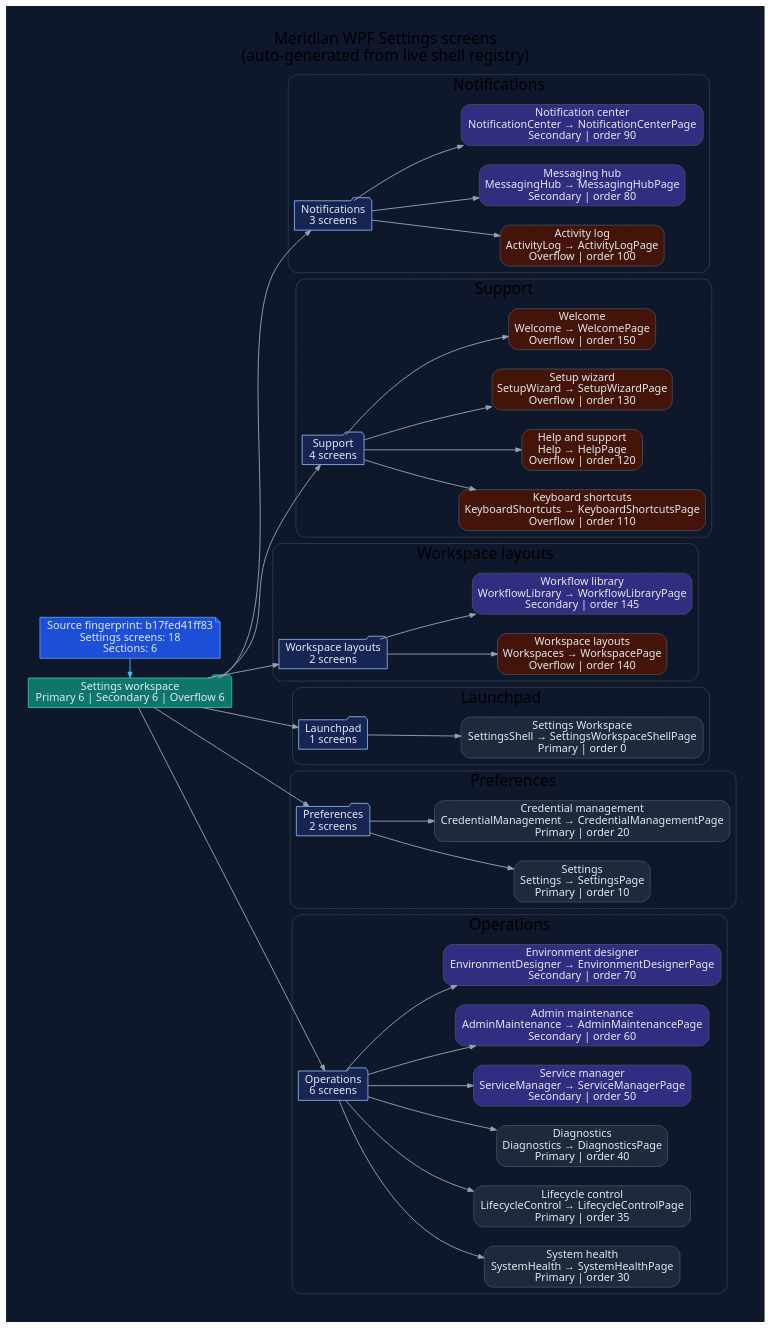
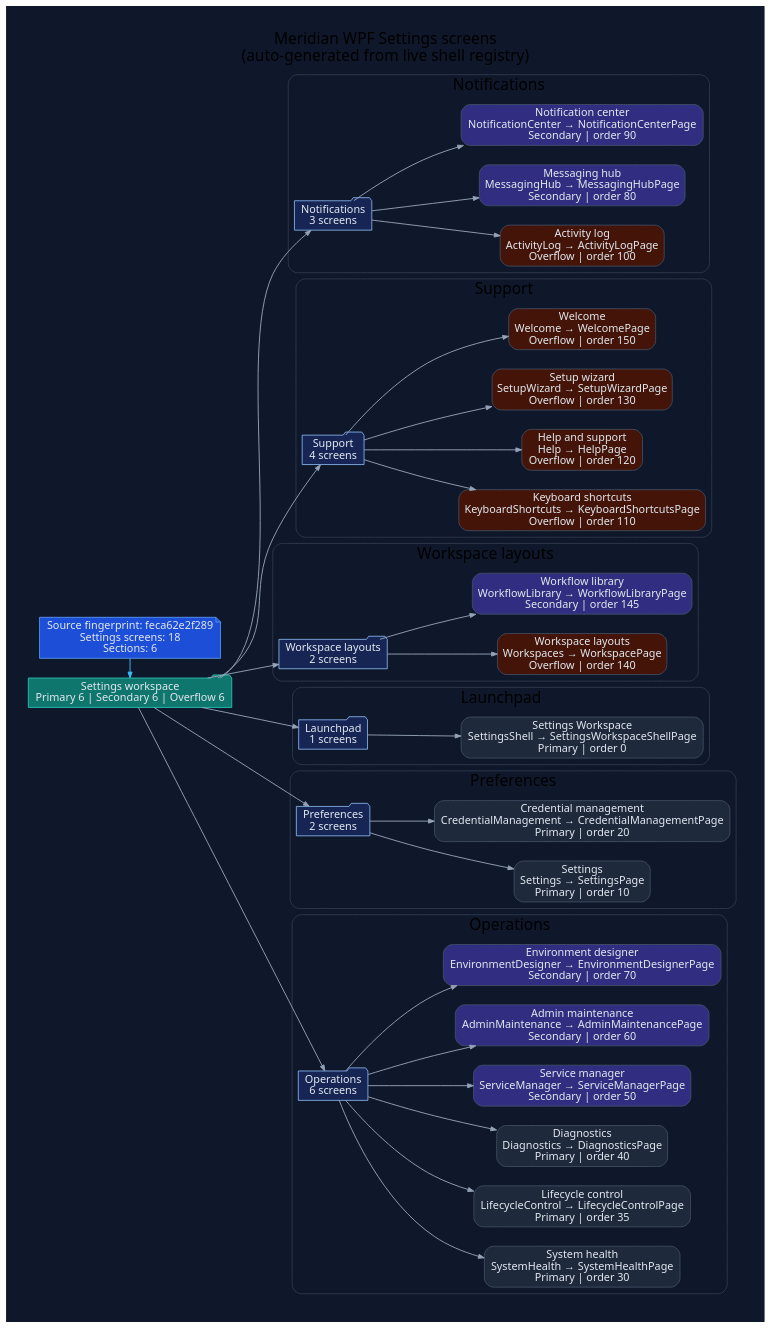
The diagram in docs/diagrams/ui/ui-wpf-screens-settings.dot (rodoHasArrived/Meridian-main), drawn with Graphviz before and after one commit. The commit also changed 46 other files, not shown here.

Commit message:
Refresh generated lifecycle API documentation and diagrams

```diff
--- a/docs/diagrams/ui/ui-wpf-screens-settings.dot
+++ b/docs/diagrams/ui/ui-wpf-screens-settings.dot
@@ -1,110 +1,110 @@
 // -----------------------------------------------------------------------------
 // <auto-generated>
 // Generated by scripts/generate-diagrams.mjs.
 // Do not edit this file directly; update the WPF source files instead.
 // -----------------------------------------------------------------------------
 digraph WpfSettingsScreens {
   graph [
     rankdir=LR,
     labelloc=t,
     label="Meridian WPF Settings screens\n(auto-generated from live shell registry)",
     fontname="Segoe UI",
     fontsize=20,
     pad=0.4,
     nodesep=0.35,
     ranksep=0.85,
     bgcolor="#0f172a"
   ];
   node [fontname="Segoe UI", shape=box, style="rounded,filled", color="#475569", fontcolor="#e2e8f0", fillcolor="#1e293b"];
   edge [fontname="Segoe UI", color="#94a3b8", penwidth=1.2, arrowsize=0.75];
 
-  generated [shape=note, fillcolor="#1d4ed8", color="#60a5fa", label="Source fingerprint: b17fed41ff83\nSettings screens: 18\nSections: 6"];
+  generated [shape=note, fillcolor="#1d4ed8", color="#60a5fa", label="Source fingerprint: feca62e2f289\nSettings screens: 18\nSections: 6"];
   workspace [shape=folder, fillcolor="#0f766e", color="#2dd4bf", label="Settings workspace\nPrimary 6 | Secondary 6 | Overflow 6"];
   generated -> workspace [color="#38bdf8"];
 
   subgraph cluster_section_1 {
     label="Notifications";
     color="#334155";
     style="rounded";
     section_1 [shape=folder, fillcolor="#172554", color="#93c5fd", label="Notifications\n3 screens"];
     workspace -> section_1;
     screen_ActivityLog [fillcolor="#431407", label="Activity log\nActivityLog → ActivityLogPage\nOverflow | order 100"];
     section_1 -> screen_ActivityLog;
     screen_MessagingHub [fillcolor="#312e81", label="Messaging hub\nMessagingHub → MessagingHubPage\nSecondary | order 80"];
     section_1 -> screen_MessagingHub;
     screen_NotificationCenter [fillcolor="#312e81", label="Notification center\nNotificationCenter → NotificationCenterPage\nSecondary | order 90"];
     section_1 -> screen_NotificationCenter;
   }
 
   subgraph cluster_section_2 {
     label="Support";
     color="#334155";
     style="rounded";
     section_2 [shape=folder, fillcolor="#172554", color="#93c5fd", label="Support\n4 screens"];
     workspace -> section_2;
     screen_KeyboardShortcuts [fillcolor="#431407", label="Keyboard shortcuts\nKeyboardShortcuts → KeyboardShortcutsPage\nOverflow | order 110"];
     section_2 -> screen_KeyboardShortcuts;
     screen_Help [fillcolor="#431407", label="Help and support\nHelp → HelpPage\nOverflow | order 120"];
     section_2 -> screen_Help;
     screen_SetupWizard [fillcolor="#431407", label="Setup wizard\nSetupWizard → SetupWizardPage\nOverflow | order 130"];
     section_2 -> screen_SetupWizard;
     screen_Welcome [fillcolor="#431407", label="Welcome\nWelcome → WelcomePage\nOverflow | order 150"];
     section_2 -> screen_Welcome;
   }
 
   subgraph cluster_section_3 {
     label="Workspace layouts";
     color="#334155";
     style="rounded";
     section_3 [shape=folder, fillcolor="#172554", color="#93c5fd", label="Workspace layouts\n2 screens"];
     workspace -> section_3;
     screen_Workspaces [fillcolor="#431407", label="Workspace layouts\nWorkspaces → WorkspacePage\nOverflow | order 140"];
     section_3 -> screen_Workspaces;
     screen_WorkflowLibrary [fillcolor="#312e81", label="Workflow library\nWorkflowLibrary → WorkflowLibraryPage\nSecondary | order 145"];
     section_3 -> screen_WorkflowLibrary;
   }
 
   subgraph cluster_section_4 {
     label="Launchpad";
     color="#334155";
     style="rounded";
     section_4 [shape=folder, fillcolor="#172554", color="#93c5fd", label="Launchpad\n1 screens"];
     workspace -> section_4;
     screen_SettingsShell [fillcolor="#1e293b", label="Settings Workspace\nSettingsShell → SettingsWorkspaceShellPage\nPrimary | order 0"];
     section_4 -> screen_SettingsShell;
   }
 
   subgraph cluster_section_5 {
     label="Preferences";
     color="#334155";
     style="rounded";
     section_5 [shape=folder, fillcolor="#172554", color="#93c5fd", label="Preferences\n2 screens"];
     workspace -> section_5;
     screen_Settings [fillcolor="#1e293b", label="Settings\nSettings → SettingsPage\nPrimary | order 10"];
     section_5 -> screen_Settings;
     screen_CredentialManagement [fillcolor="#1e293b", label="Credential management\nCredentialManagement → CredentialManagementPage\nPrimary | order 20"];
     section_5 -> screen_CredentialManagement;
   }
 
   subgraph cluster_section_6 {
     label="Operations";
     color="#334155";
     style="rounded";
     section_6 [shape=folder, fillcolor="#172554", color="#93c5fd", label="Operations\n6 screens"];
     workspace -> section_6;
     screen_SystemHealth [fillcolor="#1e293b", label="System health\nSystemHealth → SystemHealthPage\nPrimary | order 30"];
     section_6 -> screen_SystemHealth;
     screen_LifecycleControl [fillcolor="#1e293b", label="Lifecycle control\nLifecycleControl → LifecycleControlPage\nPrimary | order 35"];
     section_6 -> screen_LifecycleControl;
     screen_Diagnostics [fillcolor="#1e293b", label="Diagnostics\nDiagnostics → DiagnosticsPage\nPrimary | order 40"];
     section_6 -> screen_Diagnostics;
     screen_ServiceManager [fillcolor="#312e81", label="Service manager\nServiceManager → ServiceManagerPage\nSecondary | order 50"];
     section_6 -> screen_ServiceManager;
     screen_AdminMaintenance [fillcolor="#312e81", label="Admin maintenance\nAdminMaintenance → AdminMaintenancePage\nSecondary | order 60"];
     section_6 -> screen_AdminMaintenance;
     screen_EnvironmentDesigner [fillcolor="#312e81", label="Environment designer\nEnvironmentDesigner → EnvironmentDesignerPage\nSecondary | order 70"];
     section_6 -> screen_EnvironmentDesigner;
   }
 
   { rank=min; generated; workspace; }
 }
```
